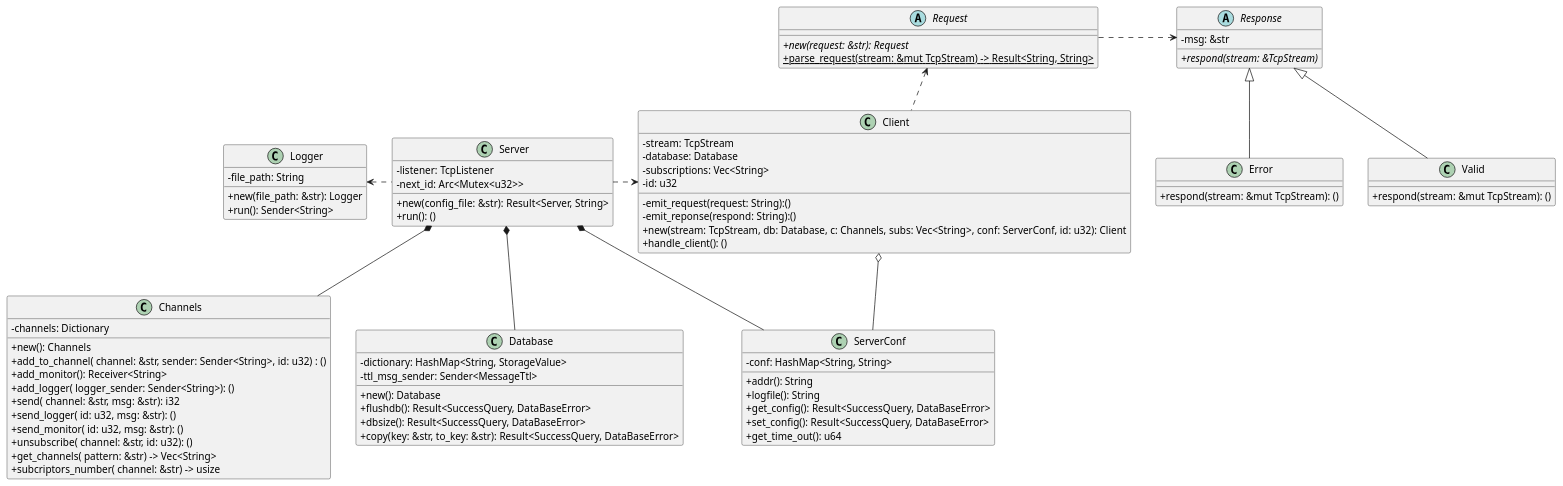
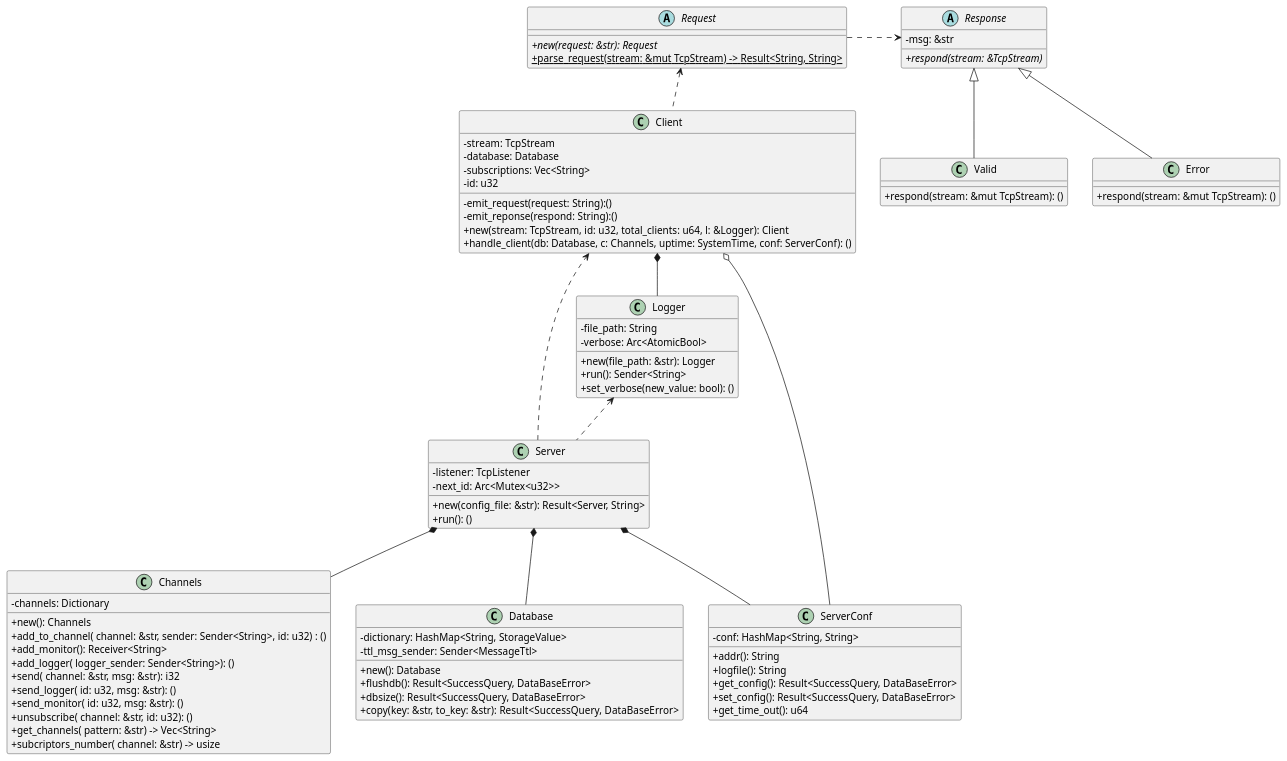
Before and after one commit to taller-1-fiuba-rust/21C1-OxidadosFC: the diagram in src/Diagramas/redis.puml, drawn with PlantUML. The commit also changed 2 other files, not shown here.

Commit message:
handle_client redis and start_redis updated

```diff
--- a/src/Diagramas/redis.puml
+++ b/src/Diagramas/redis.puml
@@ -1,98 +1,101 @@
 @startuml redis
 skinparam ClassAttributeIconSize 0
 hide interface fields
 
 abstract Response
 abstract Request
 
 Class Server {
     -listener: TcpListener
     -next_id: Arc<Mutex<u32>>
     +new(config_file: &str): Result<Server, String>
     + run(): ()
 }
 
 Class Client{
     -stream: TcpStream
     -database: Database
     -subscriptions: Vec<String>
     -id: u32
     -emit_request(request: String):()
     -emit_reponse(respond: String):()
-    +new(stream: TcpStream, db: Database, c: Channels, subs: Vec<String>, conf: ServerConf, id: u32): Client
-    +handle_client(): ()
+    +new(stream: TcpStream, id: u32, total_clients: u64, l: &Logger): Client
+    +handle_client(db: Database, c: Channels, uptime: SystemTime, conf: ServerConf): ()
 }
 
 Class Channels{
     - channels: Dictionary
     + new(): Channels
     + add_to_channel( channel: &str, sender: Sender<String>, id: u32) : ()
     + add_monitor(): Receiver<String>
     + add_logger( logger_sender: Sender<String>): ()
     + send( channel: &str, msg: &str): i32
     + send_logger( id: u32, msg: &str): ()
     + send_monitor( id: u32, msg: &str): ()
     + unsubscribe( channel: &str, id: u32): ()
     + get_channels( pattern: &str) -> Vec<String>
     + subcriptors_number( channel: &str) -> usize
 }
 
 Class Database {
     - dictionary: HashMap<String, StorageValue>
     -ttl_msg_sender: Sender<MessageTtl>
     + new(): Database
     + flushdb(): Result<SuccessQuery, DataBaseError>
     + dbsize(): Result<SuccessQuery, DataBaseError>
     + copy(key: &str, to_key: &str): Result<SuccessQuery, DataBaseError>
 }
 
 Class ServerConf {
     - conf: HashMap<String, String>
     + addr(): String
     + logfile(): String
     + get_config(): Result<SuccessQuery, DataBaseError>
     + set_config(): Result<SuccessQuery, DataBaseError>
     + get_time_out(): u64
 }
 
 Class Logger {
     - file_path: String
+    - verbose: Arc<AtomicBool>
     + new(file_path: &str): Logger
     + run(): Sender<String>
+    + set_verbose(new_value: bool): ()
 }
 
 abstract Class Request {
     +{abstract}new(request: &str): Request
     +{static}parse_request(stream: &mut TcpStream) -> Result<String, String>
 }
 
 abstract Class Response {
     -msg: &str
     +{abstract}respond(stream: &TcpStream)
 }
 
 Class Valid{
     +respond(stream: &mut TcpStream): ()
 }
 
 Class Error{
     +respond(stream: &mut TcpStream): ()
 }
 
 
 Server *-- Database
 Server *-- ServerConf
 Server *-- Channels
-Server .left.> Logger
+Server .up.> Logger
 Server .right.> Client
 
+Client *-- Logger
 Client .up.> Request
 Client o--ServerConf
 
 Request .right.> Response
 
 Response <|-- Valid
 Response <|-- Error
 
 
 @enduml
```
